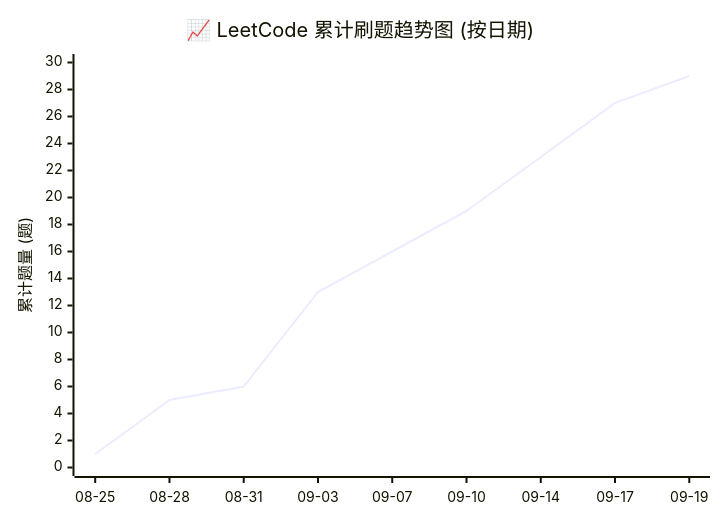
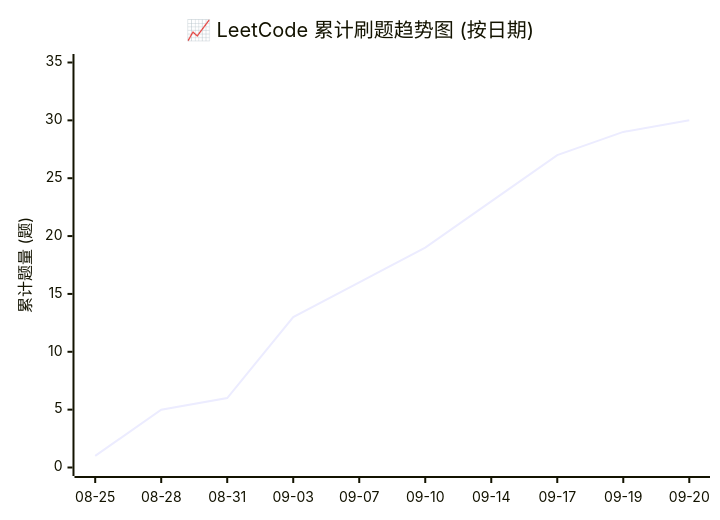
One commit to hexinbyte/LeetCode-Journey changed the diagram in README.md. Above: the diagram before and after it, drawn with Mermaid. The commit also changed other lines of this file and 3 other files, not shown here.

````diff
--- a/README.md
+++ b/README.md
@@ -16,7 +16,7 @@
 ```mermaid
 xychart-beta
     title "📈 LeetCode 累计刷题趋势图 (按日期)"
-    x-axis ["08-25", "08-28", "08-31", "09-03", "09-07", "09-10", "09-14", "09-17", "09-19"]
-    y-axis "累计题量 (题)" 0 --> 30
-    line [1, 5, 6, 13, 16, 19, 23, 27, 29]
+    x-axis ["08-25", "08-28", "08-31", "09-03", "09-07", "09-10", "09-14", "09-17", "09-19", "09-20"]
+    y-axis "累计题量 (题)" 0 --> 35
+    line [1, 5, 6, 13, 16, 19, 23, 27, 29, 30]
 ```
````
